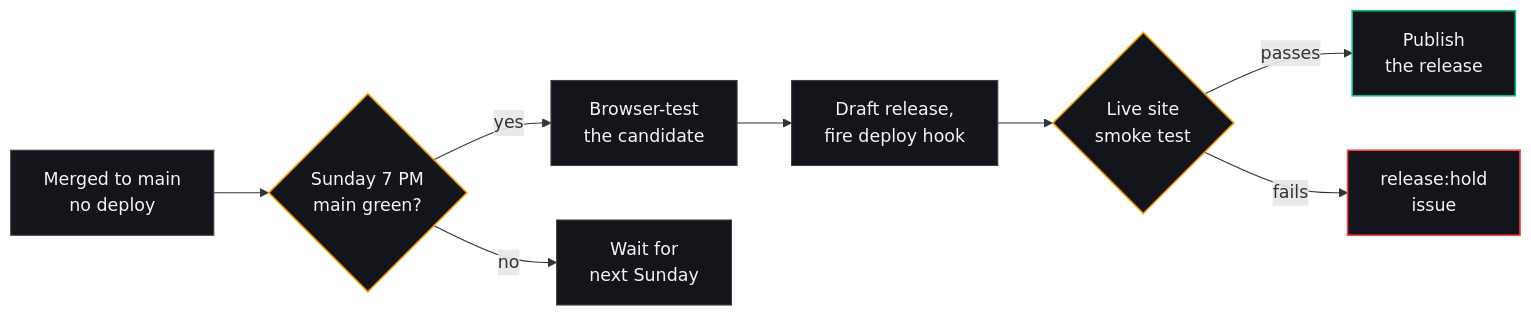
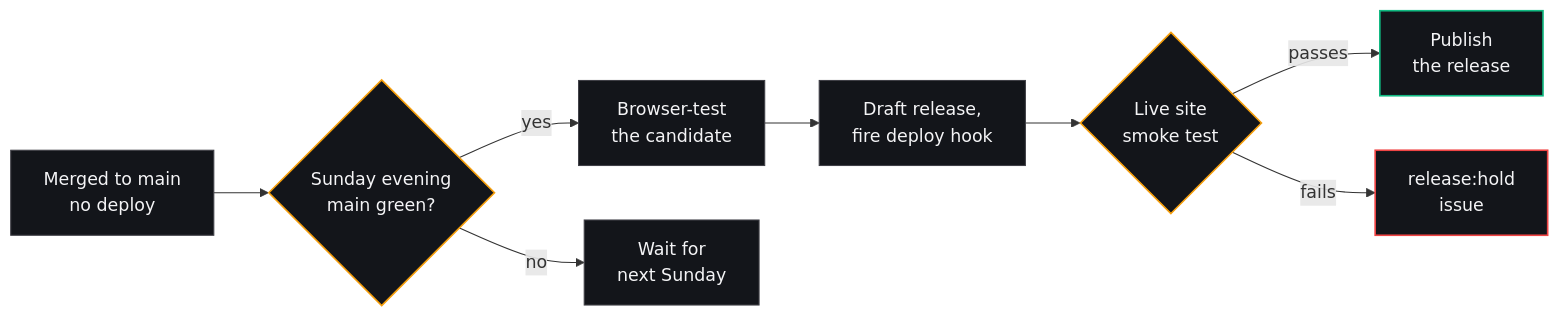
One commit to fderuiter/deruiter.dev changed the second of 2 diagrams in README.md. Above: the diagram before and after it, drawn with Mermaid. The commit also changed other lines of this file and 3 other files, not shown here.

````diff
--- a/README.md
+++ b/README.md
@@ -215,18 +217,18 @@
 ```mermaid
 flowchart LR
-  M["Merged to main<br/>no deploy"] --> T{"Sunday 7 PM<br/>main green?"}
+  M["Merged to main<br/>no deploy"] --> T{"Sunday evening<br/>main green?"}
   T -- yes --> B["Browser-test<br/>the candidate"]
   B --> R["Draft release,<br/>fire deploy hook"]
   R --> S{"Live site<br/>smoke test"}
   S -- passes --> P["Publish<br/>the release"]
   S -- fails --> H["release:hold<br/>issue"]
   T -- no --> W["Wait for<br/>next Sunday"]
   classDef step fill:#13151a,stroke:#3f3f46,color:#f4f4f6
   classDef gate fill:#13151a,stroke:#f59e0b,stroke-width:1.5px,color:#f4f4f6
   classDef good fill:#13151a,stroke:#10b981,stroke-width:1.5px,color:#f4f4f6
   classDef bad fill:#13151a,stroke:#ef4444,stroke-width:1.5px,color:#f4f4f6
   class M,B,R,W step
   class T,S gate
   class P good
   class H bad
 ```
````
